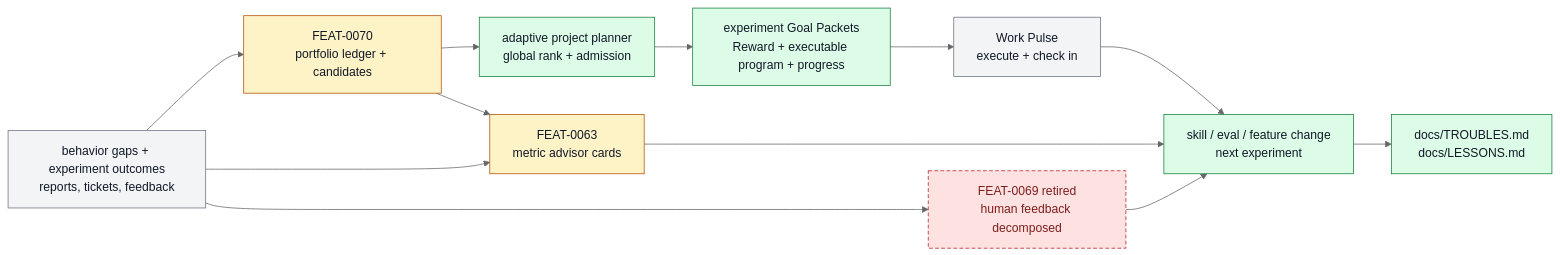
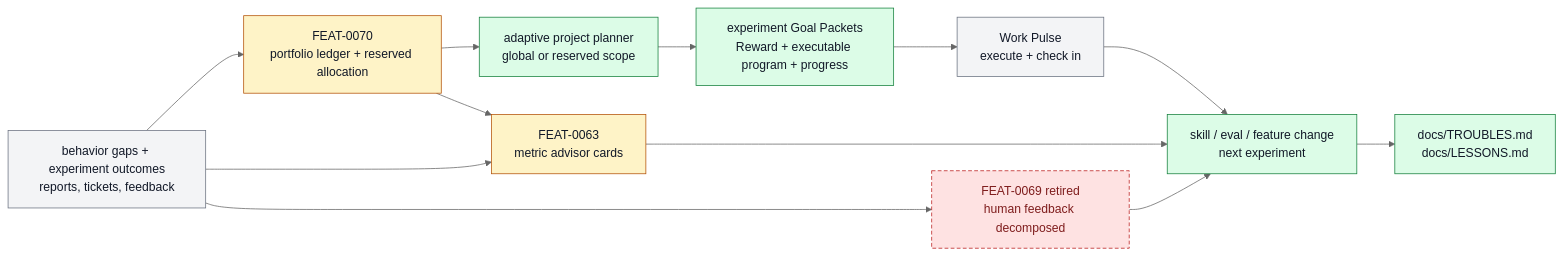
The diagram in docs/systems/self-improvement-learning.md (ZanarkandTechnologies/Farplane), drawn with Mermaid (neutral theme) before and after one commit. The commit also changed other lines of this file and 123 other files, not shown here.

````diff
--- a/docs/systems/self-improvement-learning.md
+++ b/docs/systems/self-improvement-learning.md
@@ -131,23 +132,23 @@
 ```mermaid
 flowchart LR
   classDef keep fill:#f3f4f6,stroke:#6b7280,color:#111827
   classDef changed fill:#fef3c7,stroke:#b45309,color:#111827
   classDef added fill:#dcfce7,stroke:#15803d,color:#111827
   classDef retired fill:#fee2e2,stroke:#b91c1c,color:#7f1d1d,stroke-dasharray: 5 3
 
   signals["behavior gaps + experiment outcomes<br/>reports, tickets, feedback"]:::keep
   metrics["FEAT-0063<br/>metric advisor cards"]:::changed
   taste["FEAT-0069 retired<br/>human feedback decomposed"]:::retired
-  dogfood["FEAT-0070<br/>portfolio ledger + candidates"]:::changed
-  planner["adaptive project planner<br/>global rank + admission"]:::added
+  dogfood["FEAT-0070<br/>portfolio ledger + reserved allocation"]:::changed
+  planner["adaptive project planner<br/>global or reserved scope"]:::added
   packet["experiment Goal Packets<br/>Reward + executable program + progress"]:::added
   pulse["Work Pulse<br/>execute + check in"]:::keep
   memory["docs/TROUBLES.md<br/>docs/LESSONS.md"]:::added
   action["skill / eval / feature change<br/>next experiment"]:::added
 
   signals --> dogfood --> planner --> packet --> pulse --> action
   signals --> metrics --> action
   signals --> taste --> action
   dogfood --> metrics
   action --> memory
 ```
````
